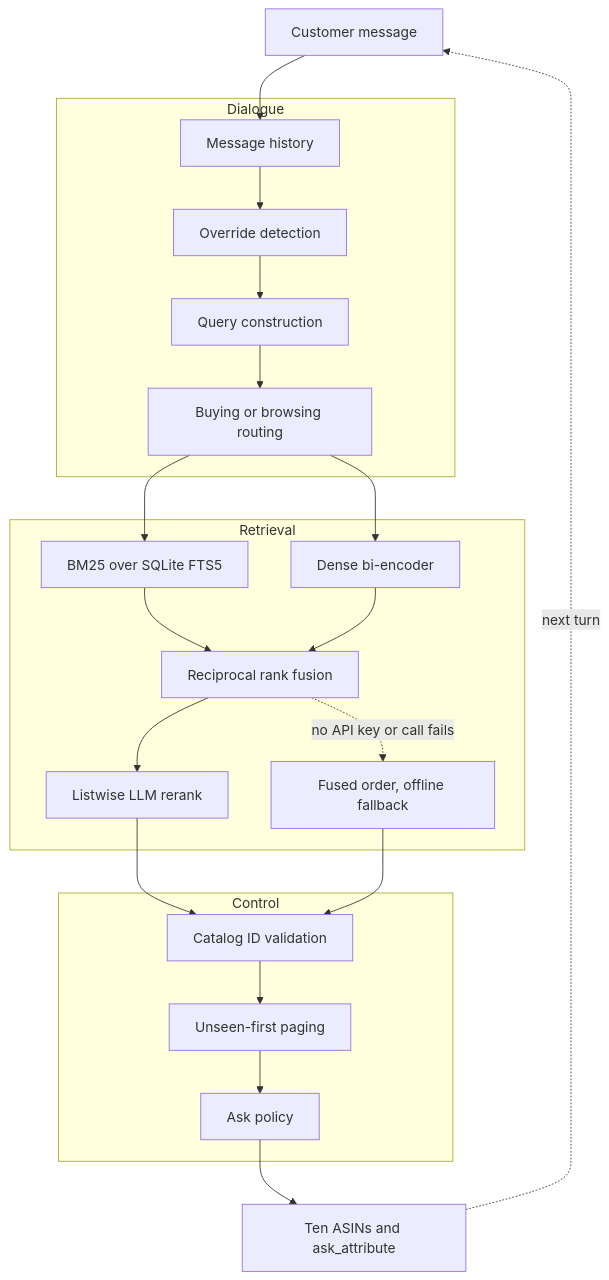
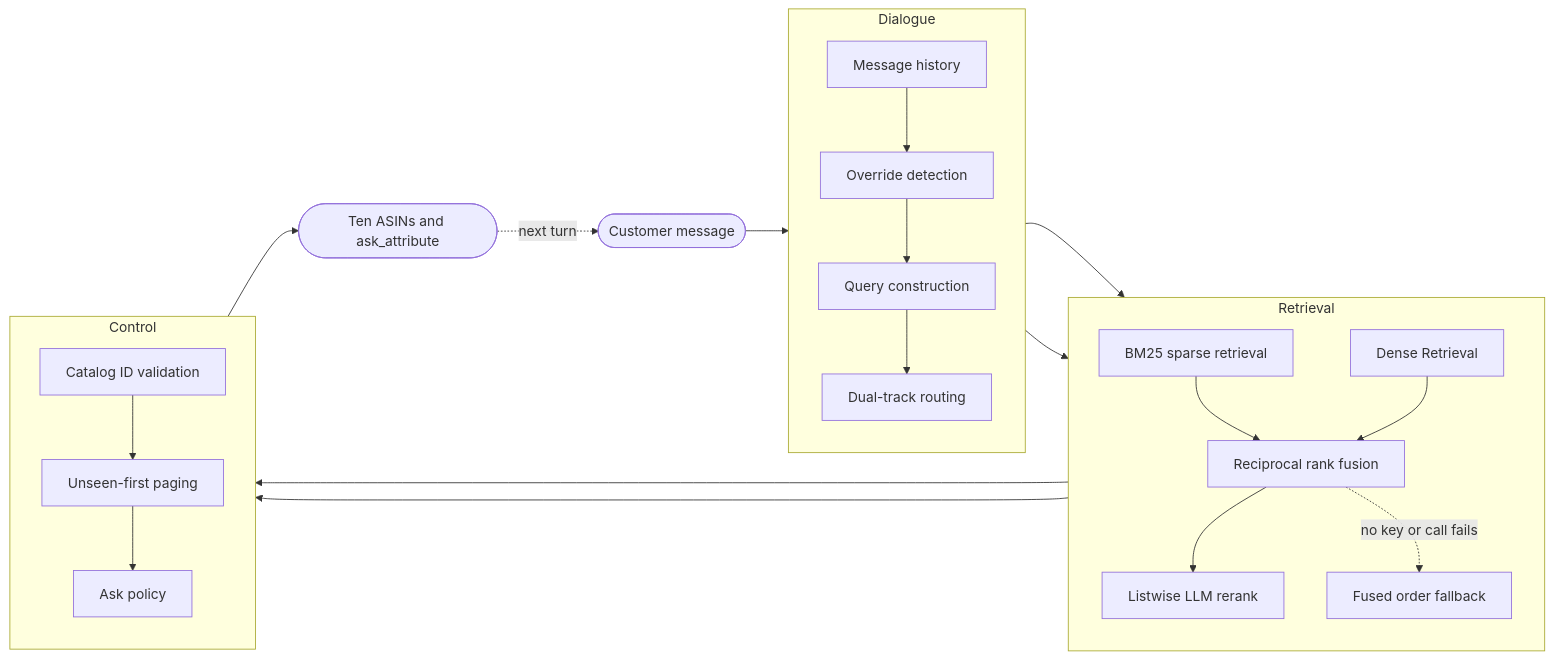
One commit to yong-zhuo/techjam26_inittowinit changed the diagram in starter/README.md. Above: the diagram before and after it, drawn with Mermaid. The commit also changed other lines of this file, not shown here.

Commit message:
docs: split core components by stage and make LLM path the default

````diff
--- a/starter/README.md
+++ b/starter/README.md
@@ -17,38 +17,30 @@
 ```mermaid
-flowchart TD
-    IN[Customer message]
+flowchart LR
+    IN([Customer message])
 
     subgraph Dialogue
-        H[Message history]
-        O[Override detection]
-        Q[Query construction]
-        T[Buying or browsing routing]
+        direction TB
+        H[Message history] --> O[Override detection] --> Q[Query construction] --> T[Dual-track routing]
     end
 
     subgraph Retrieval
-        B[BM25 over SQLite FTS5]
-        D[Dense bi-encoder]
-        F[Reciprocal rank fusion]
-        L[Listwise LLM rerank]
-        FB[Fused order, offline fallback]
+        direction TB
+        B[BM25 sparse retrieval] --> F[Reciprocal rank fusion]
+        D[Dense Retrieval] --> F
+        F --> L[Listwise LLM rerank]
+        F -. no key or call fails .-> FB[Fused order fallback]
     end
 
     subgraph Control
-        V[Catalog ID validation]
-        P[Unseen-first paging]
-        A[Ask policy]
+        direction TB
+        V[Catalog ID validation] --> P[Unseen-first paging] --> A[Ask policy]
     end
 
-    IN --> H --> O --> Q --> T
+    IN --> H
     T --> B
     T --> D
-    B --> F
-    D --> F
-    F --> L
-    F -. no API key or call fails .-> FB
     L --> V
     FB --> V
-    V --> P --> A
-    A --> OUT[Ten ASINs and ask_attribute]
+    A --> OUT([Ten ASINs and ask_attribute])
     OUT -. next turn .-> IN
 ```
````
